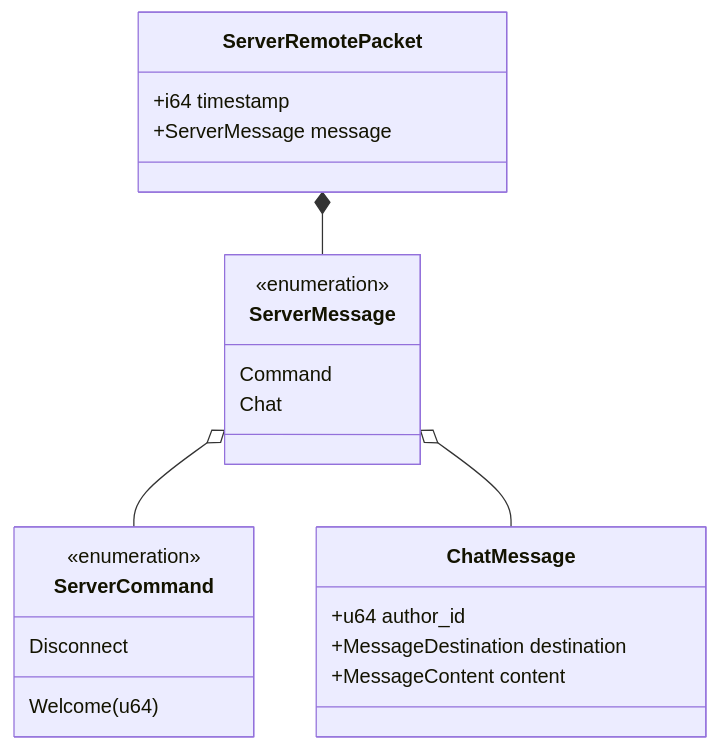
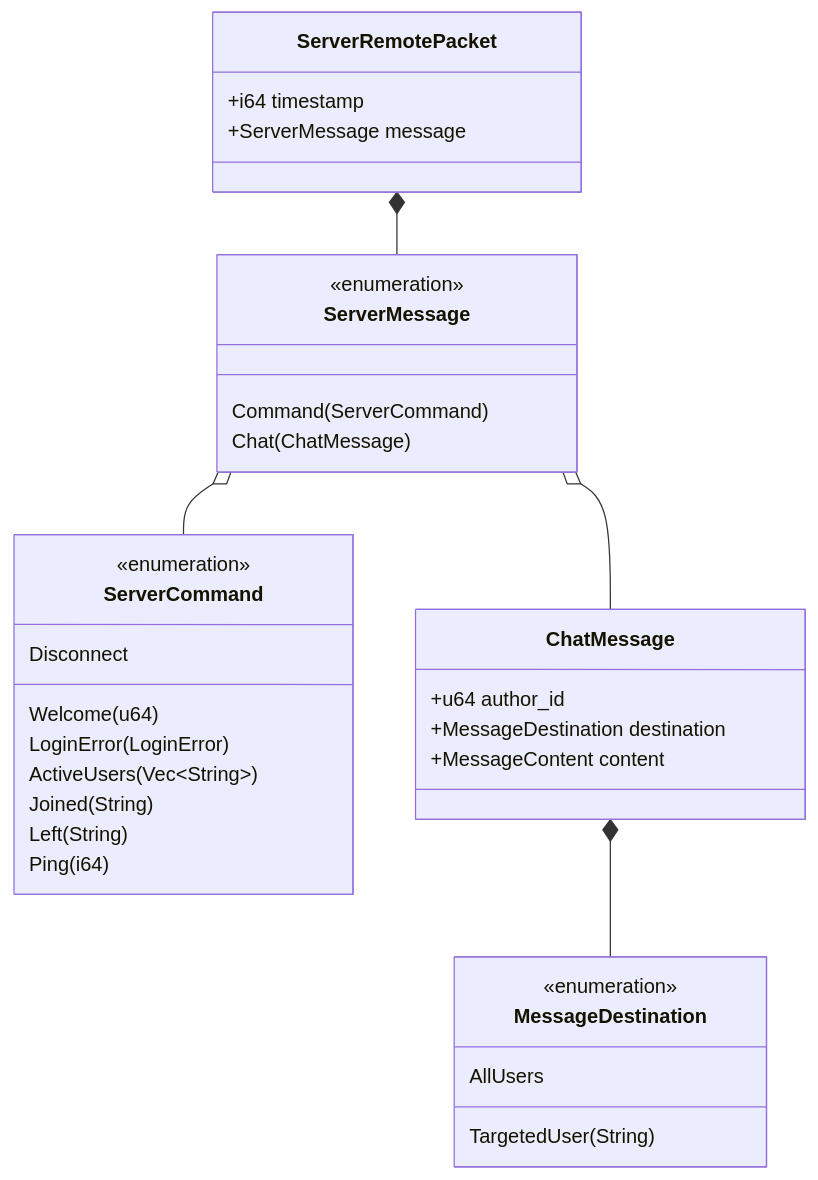
One commit to eliseuv/chat changed the second of 3 diagrams in README.md. Above: the diagram before and after it, drawn with Mermaid. The commit also changed other lines of this file, not shown here.

Commit message:
Update README with new features and accurate protocol diagrams

````diff
--- a/README.md
+++ b/README.md
@@ -104,25 +104,36 @@
 ```mermaid
 classDiagram
     class ServerRemotePacket {
       +i64 timestamp
       +ServerMessage message
     }
     class ServerMessage {
       <<enumeration>>
-      Command
-      Chat
+      Command(ServerCommand)
+      Chat(ChatMessage)
     }
     class ServerCommand {
       <<enumeration>>
       Welcome(u64)
+      LoginError(LoginError)
+      ActiveUsers(Vec~String~)
+      Joined(String)
+      Left(String)
+      Ping(i64)
       Disconnect
     }
     class ChatMessage {
       +u64 author_id
       +MessageDestination destination
       +MessageContent content
     }
+    class MessageDestination {
+      <<enumeration>>
+      AllUsers
+      TargetedUser(String)
+    }
     ServerRemotePacket *-- ServerMessage
     ServerMessage o-- ServerCommand
     ServerMessage o-- ChatMessage
+    ChatMessage *-- MessageDestination
 ```
````
